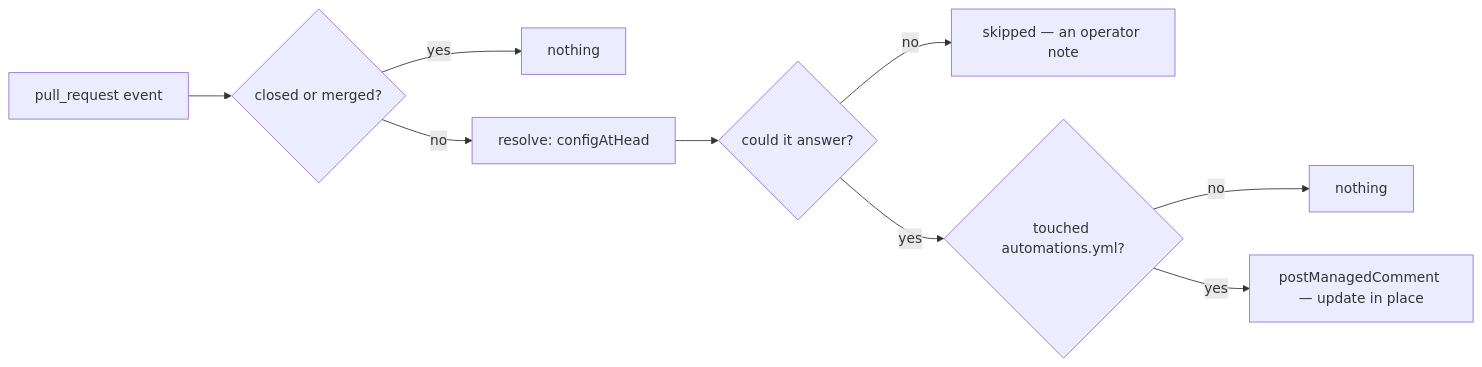
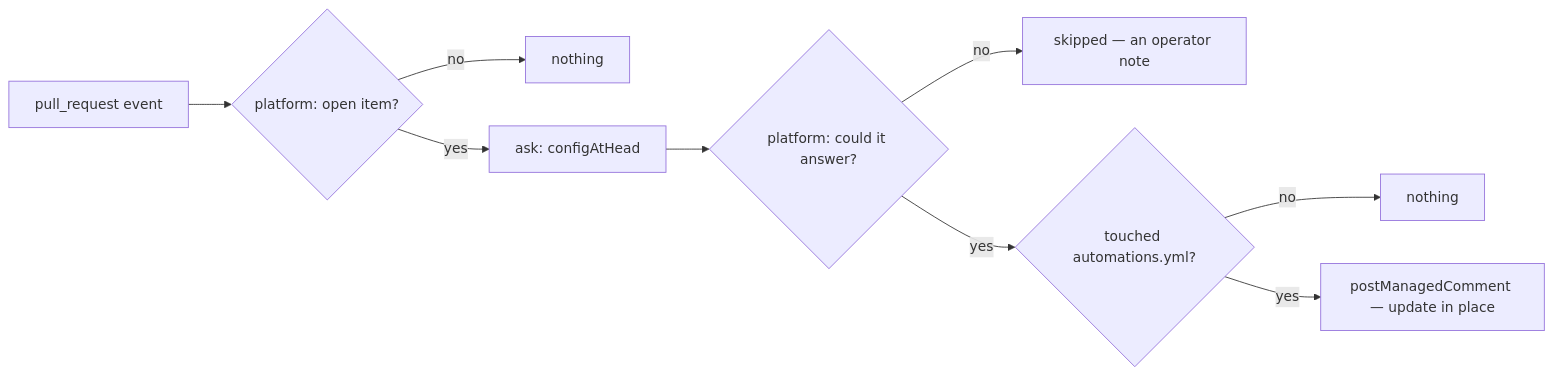
One commit to cheese-cakee/sdk-automations changed the diagram in packages/capabilities/src/configReport/design.md. Above: the diagram before and after it, drawn with Mermaid. The commit also changed other lines of this file and 378 other files, not shown here.

````diff
--- a/packages/capabilities/src/configReport/design.md
+++ b/packages/capabilities/src/configReport/design.md
@@ -106,11 +107,11 @@
 ```mermaid
 flowchart LR
-    O["pull_request event"] --> CL{"closed or merged?"}
-    CL -->|yes| N0["nothing"]
-    CL -->|no| R["resolve: configAtHead"]
-    R --> A{"could it answer?"}
+    O["pull_request event"] --> CL{"platform: open item?"}
+    CL -->|no| N0["nothing"]
+    CL -->|yes| R["ask: configAtHead"]
+    R --> A{"platform: could it answer?"}
     A -->|no| S["skipped — an operator note"]
     A -->|yes| T{"touched automations.yml?"}
     T -->|no| N1["nothing"]
     T -->|yes| C["postManagedComment — update in place"]
 ```
````
